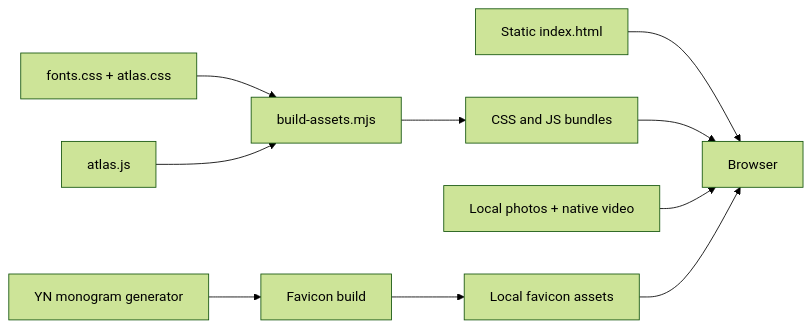
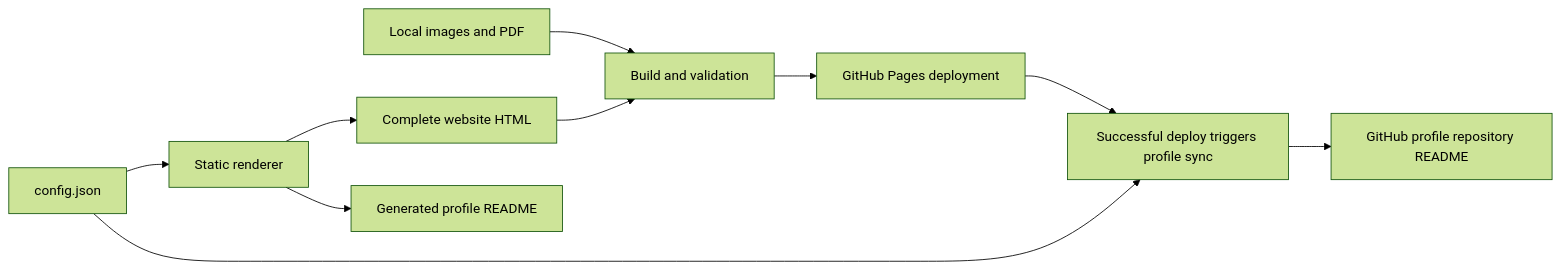
One commit to yashrajnayak/yashrajnayak.github.io changed the diagram in README.md. Above: the diagram before and after it, drawn with Mermaid (forest theme). The commit also changed other lines of this file and 24 other files, not shown here.

Commit message:
Generate website and profile from shared content configuration (#14)

````diff
--- a/README.md
+++ b/README.md
@@ -22,12 +46,12 @@
 ```mermaid
 flowchart LR
-  HTML[Static index.html] --> Browser[Browser]
-  CSS[fonts.css + atlas.css] --> Build[build-assets.mjs]
-  JS[atlas.js] --> Build
-  Build --> Bundles[CSS and JS bundles]
-  Bundles --> Browser
-  Photos[Local photos + native video] --> Browser
-  Generator[YN monogram generator] --> Favicon[Favicon build]
-  Favicon --> Icons[Local favicon assets]
-  Icons --> Browser
+  Config[config.json] --> Render[Static renderer]
+  Media[Local images and PDF] --> Build[Build and validation]
+  Render --> HTML[Complete website HTML]
+  Render --> Profile[Generated profile README]
+  HTML --> Build
+  Build --> Pages[GitHub Pages deployment]
+  Pages --> Sync[Successful deploy triggers profile sync]
+  Config --> Sync
+  Sync --> ProfileRepo[GitHub profile repository README]
 ```
````
